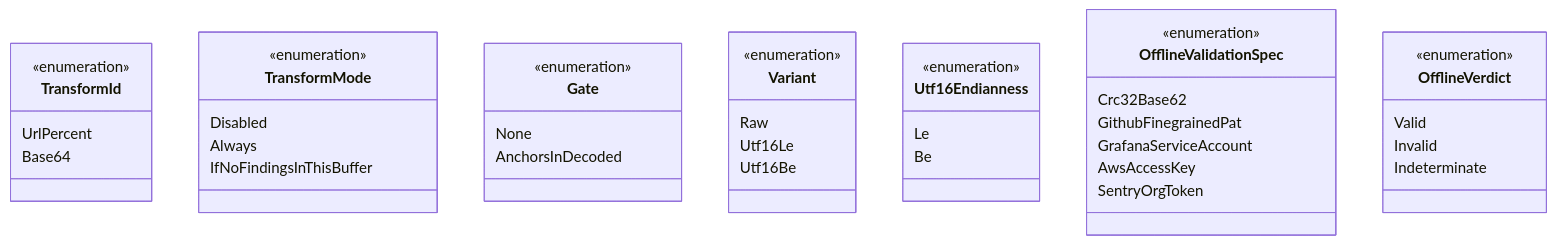
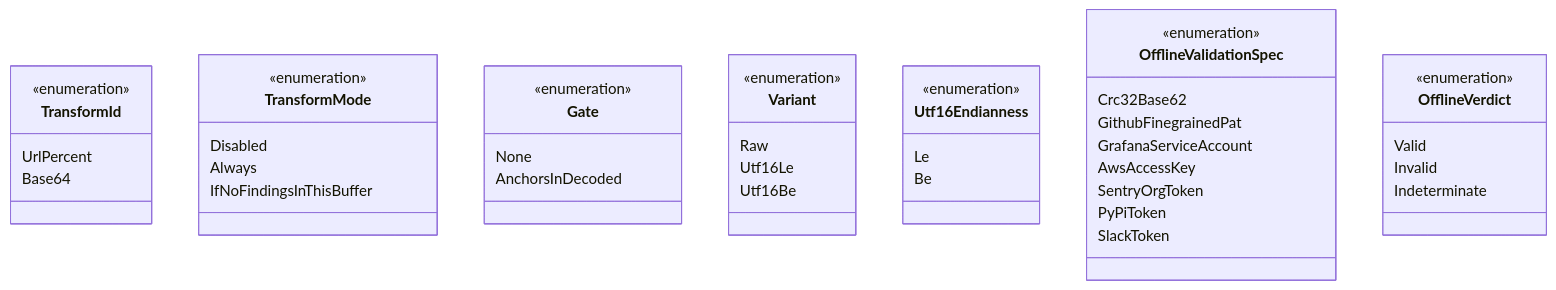
The fourth of 6 diagrams in docs/data-types.md (ahrav/scratch-scanner-rs), drawn with Mermaid before and after one commit. The commit also changed other lines of this file and 10 other files, not shown here.

````diff
--- a/docs/data-types.md
+++ b/docs/data-types.md
@@ -392,50 +397,52 @@
 ```mermaid
 classDiagram
     class TransformId {
         <<enumeration>>
         UrlPercent
         Base64
     }
 
     class TransformMode {
         <<enumeration>>
         Disabled
         Always
         IfNoFindingsInThisBuffer
     }
 
     class Gate {
         <<enumeration>>
         None
         AnchorsInDecoded
     }
 
     class Variant {
         <<enumeration>>
         Raw
         Utf16Le
         Utf16Be
     }
 
     class Utf16Endianness {
         <<enumeration>>
         Le
         Be
     }
 
     class OfflineValidationSpec {
         <<enumeration>>
         Crc32Base62
         GithubFinegrainedPat
         GrafanaServiceAccount
         AwsAccessKey
         SentryOrgToken
+        PyPiToken
+        SlackToken
     }
 
     class OfflineVerdict {
         <<enumeration>>
         Valid
         Invalid
         Indeterminate
     }
 ```
````
